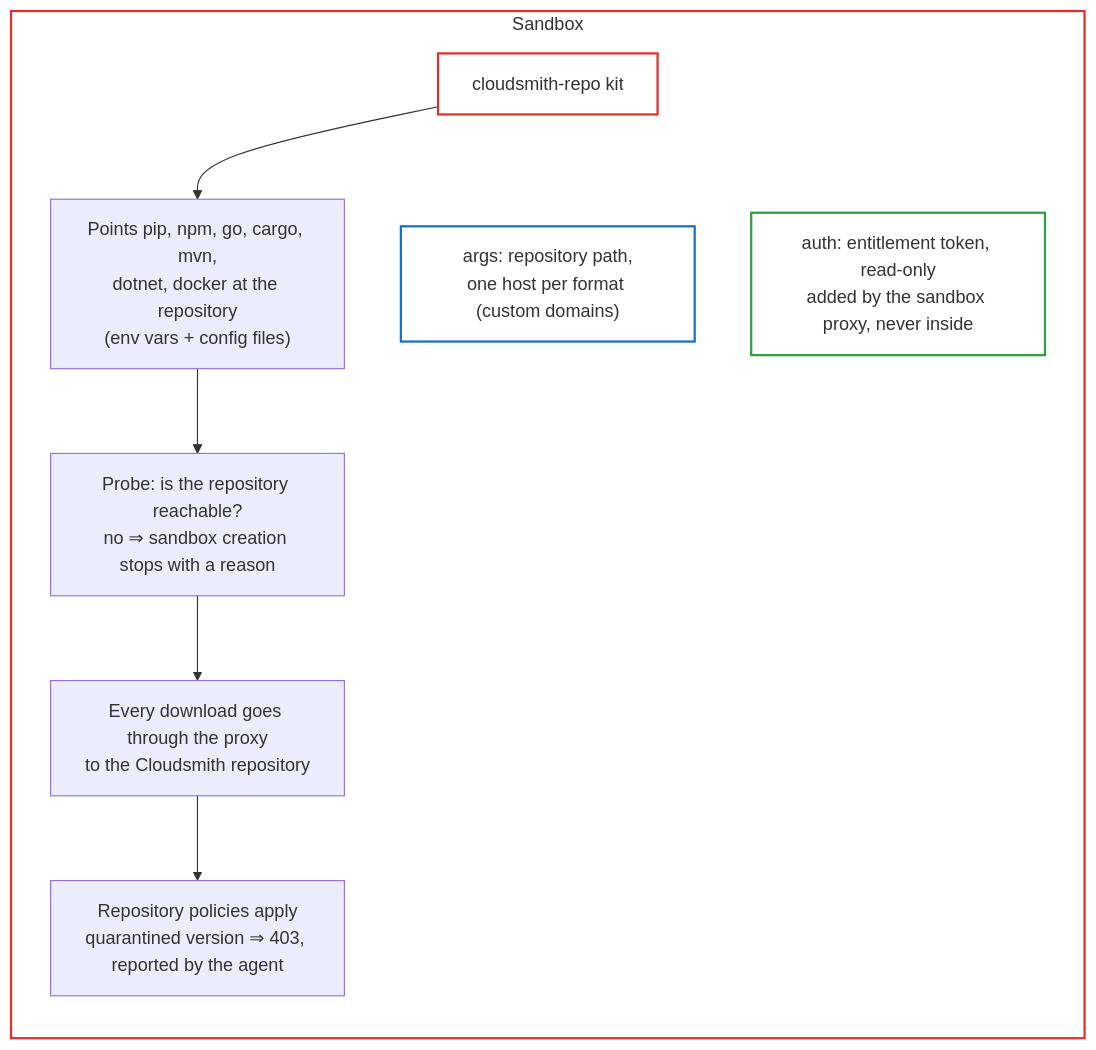
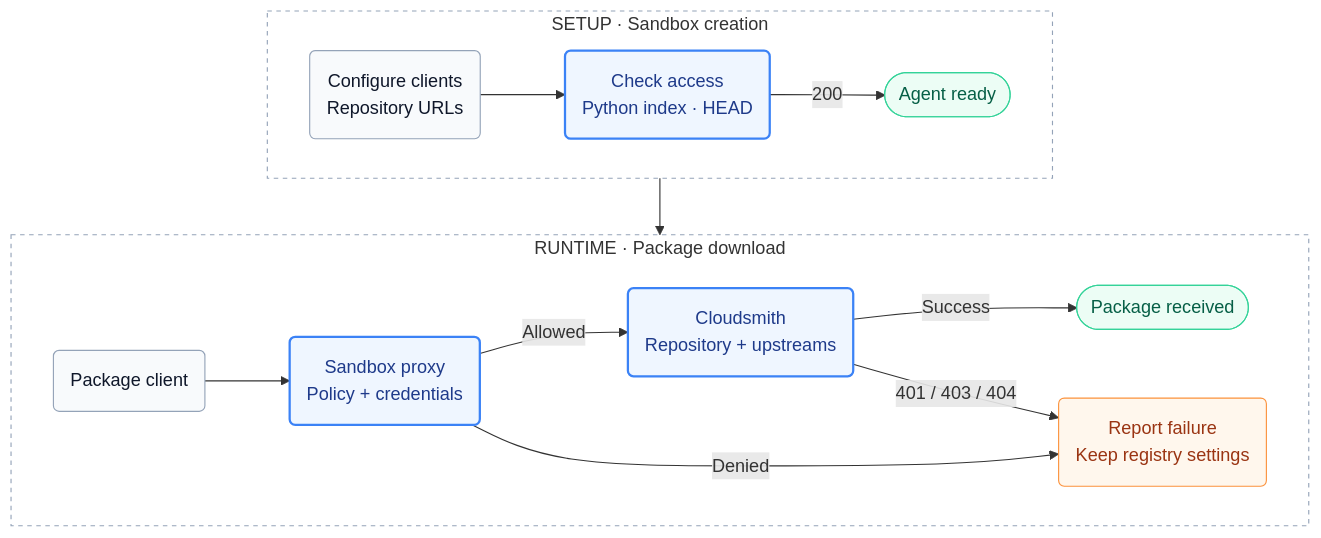
Before and after one commit to BartoszBlizniak/sbx-kits-contrib: the diagram in cloudsmith-repo/README.md, drawn with Mermaid. The commit also changed other lines of this file and 2 other files, not shown here.

Commit message:
docs(cloudsmith): clarify usage and simplify kit diagrams

````diff
--- a/cloudsmith-repo/README.md
+++ b/cloudsmith-repo/README.md
@@ -93,20 +101,38 @@
 ```mermaid
 flowchart TB
-    subgraph sandbox["Sandbox"]
-        direction TB
-        kit["cloudsmith-repo kit"]
-        args["args: repository path,<br/>one host per format (custom domains)"]
-        auth["auth: entitlement token, read-only<br/>added by the sandbox proxy, never inside"]
-        s1["Points pip, npm, go, cargo, mvn,<br/>dotnet, docker at the repository<br/>(env vars + config files)"]
-        s2["Probe: is the repository reachable?<br/>no ⇒ sandbox creation stops with a reason"]
-        s3["Every download goes through the proxy<br/>to the Cloudsmith repository"]
-        s4["Repository policies apply<br/>quarantined version ⇒ 403, reported by the agent"]
-        kit --> s1 --> s2 --> s3 --> s4
-        kit ~~~ args
-        kit ~~~ auth
+    subgraph SETUP["SETUP · Sandbox creation"]
+        direction LR
+        CONFIG("Configure clients<br/>Repository URLs")
+        CHECK("Check access<br/>Python index · HEAD")
+        READY(["Agent ready"])
+        CONFIG --> CHECK
+        CHECK -->|200| READY
     end
-    style sandbox stroke:#e03131,stroke-width:2px,fill:#ffffff
-    style kit stroke:#e03131,stroke-width:2px,fill:#ffffff
-    style args stroke:#1971c2,stroke-width:2px,fill:#ffffff
-    style auth stroke:#2f9e44,stroke-width:2px,fill:#ffffff
+
+    subgraph REQUEST["RUNTIME · Package download"]
+        direction LR
+        CLIENT("Package client")
+        PROXY("Sandbox proxy<br/>Policy + credentials")
+        REPO("Cloudsmith<br/>Repository + upstreams")
+        DONE(["Package received"])
+        REPORT("Report failure<br/>Keep registry settings")
+        CLIENT --> PROXY
+        PROXY -->|Allowed| REPO
+        REPO -->|Success| DONE
+        PROXY -->|Denied| REPORT
+        REPO -->|401 / 403 / 404| REPORT
+    end
+
+    SETUP --> REQUEST
+
+    classDef neutral fill:#f8fafc,stroke:#94a3b8,color:#0f172a;
+    classDef accent fill:#eff6ff,stroke:#3b82f6,color:#1e3a8a,stroke-width:2px;
+    classDef success fill:#ecfdf5,stroke:#34d399,color:#065f46;
+    classDef failure fill:#fff7ed,stroke:#fb923c,color:#9a3412;
+    class CONFIG,CLIENT neutral;
+    class CHECK,PROXY,REPO accent;
+    class READY,DONE success;
+    class REPORT failure;
+    style SETUP fill:transparent,stroke:#94a3b8,stroke-dasharray:4 4
+    style REQUEST fill:transparent,stroke:#94a3b8,stroke-dasharray:4 4
 ```
````
